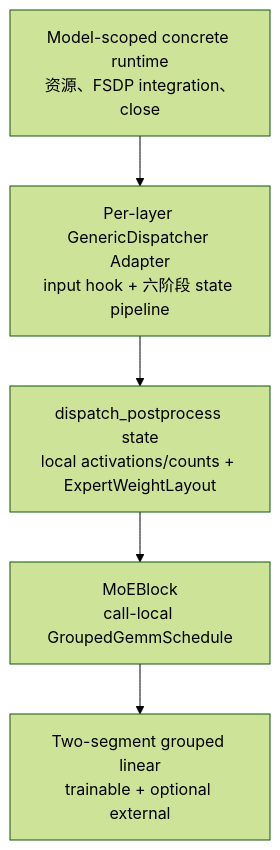
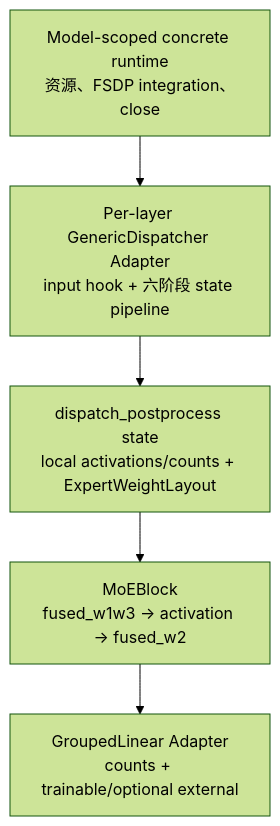
One commit to jayhenry/xtuner changed the first of 8 diagrams in xtuner_ep_extend.md. Above: the diagram before and after it, drawn with Mermaid (forest theme). The commit also changed other lines of this file and 1 other file, not shown here.

Commit message:
docs: let MoonEP reuse standard grouped GEMM

````diff
--- a/xtuner_ep_extend.md
+++ b/xtuner_ep_extend.md
@@ -9,12 +9,12 @@
 ```mermaid
 flowchart TD
     A["Model-scoped concrete runtime<br/>资源、FSDP integration、close"]
     B["Per-layer GenericDispatcher Adapter<br/>input hook + 六阶段 state pipeline"]
     C["dispatch_postprocess state<br/>local activations/counts + ExpertWeightLayout"]
-    D["MoEBlock<br/>call-local GroupedGemmSchedule"]
-    E["Two-segment grouped linear<br/>trainable + optional external"]
+    D["MoEBlock<br/>fused_w1w3 -> activation -> fused_w2"]
+    E["GroupedLinear Adapter<br/>counts + trainable/optional external"]
 
     A --> B
     B --> C --> D
     D --> E
 ```
````
